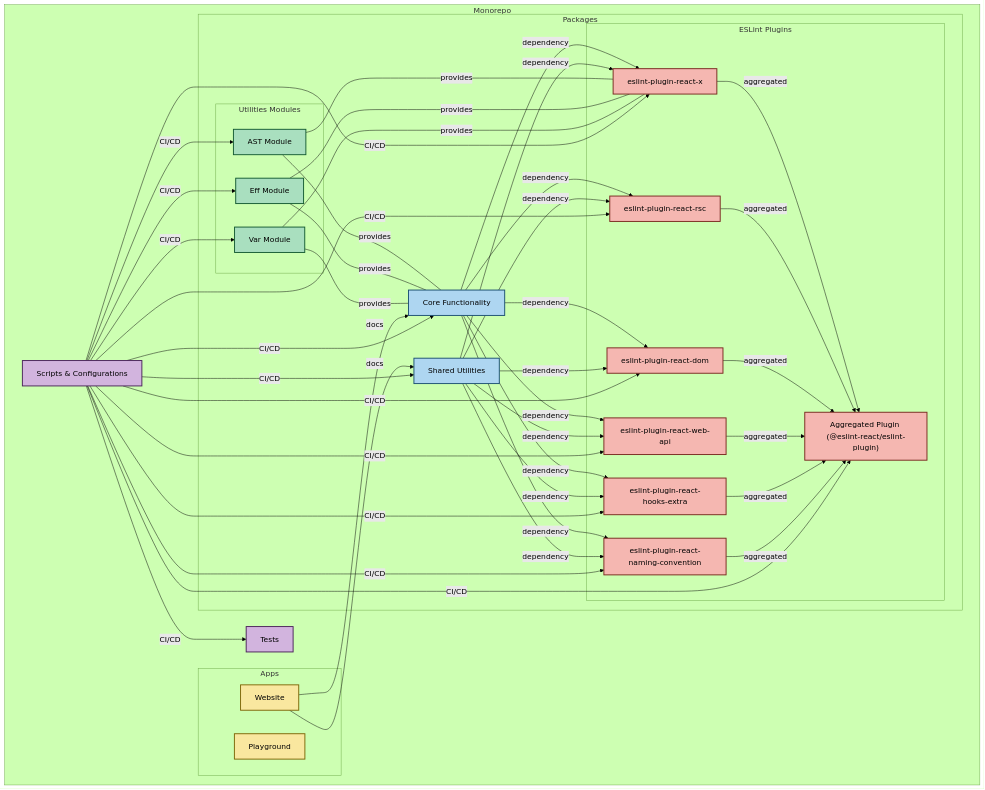
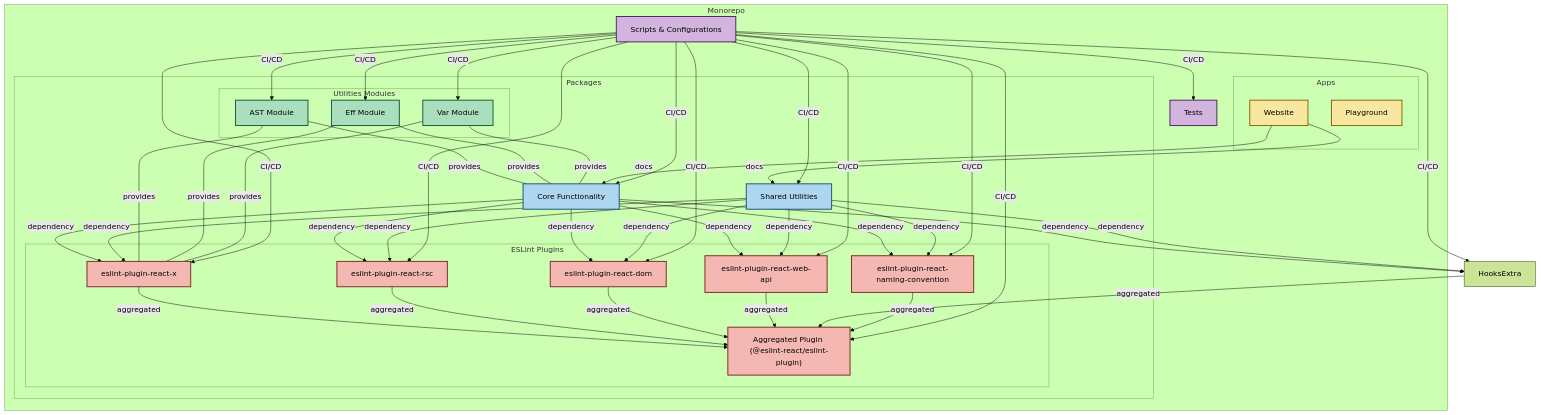
Before and after one commit to Rel1cx/eslint-react: the diagram in apps/website/content/docs/contributing.mdx, drawn with Mermaid (forest theme). The commit also changed other lines of this file and 33 other files, not shown here.

Commit message:
Migrant hook rules to eslint-plugin-react-x

```diff
--- a/apps/website/content/docs/contributing.mdx
+++ b/apps/website/content/docs/contributing.mdx
@@ -38,7 +38,6 @@
                 RSC["eslint-plugin-react-rsc"]:::plugins
                 DOM["eslint-plugin-react-dom"]:::plugins
                 WebAPI["eslint-plugin-react-web-api"]:::plugins
-                HooksExtra["eslint-plugin-react-hooks-extra"]:::plugins
                 NamingConvention["eslint-plugin-react-naming-convention"]:::plugins
                 Aggregated["Aggregated Plugin (@eslint-react/eslint-plugin)"]:::plugins
             end
@@ -114,7 +113,6 @@
     click X "https://github.com/rel1cx/eslint-react/tree/main/packages/plugins/eslint-plugin-react-x"
     click DOM "https://github.com/rel1cx/eslint-react/tree/main/packages/plugins/eslint-plugin-react-dom"
     click WebAPI "https://github.com/rel1cx/eslint-react/tree/main/packages/plugins/eslint-plugin-react-web-api"
-    click HooksExtra "https://github.com/rel1cx/eslint-react/tree/main/packages/plugins/eslint-plugin-react-hooks-extra"
     click NamingConvention "https://github.com/rel1cx/eslint-react/tree/main/packages/plugins/eslint-plugin-react-naming-convention"
     click Aggregated "https://github.com/rel1cx/eslint-react/tree/main/packages/plugins/eslint-plugin"
     click Scripts "https://github.com/rel1cx/eslint-react/tree/main/scripts"
```
